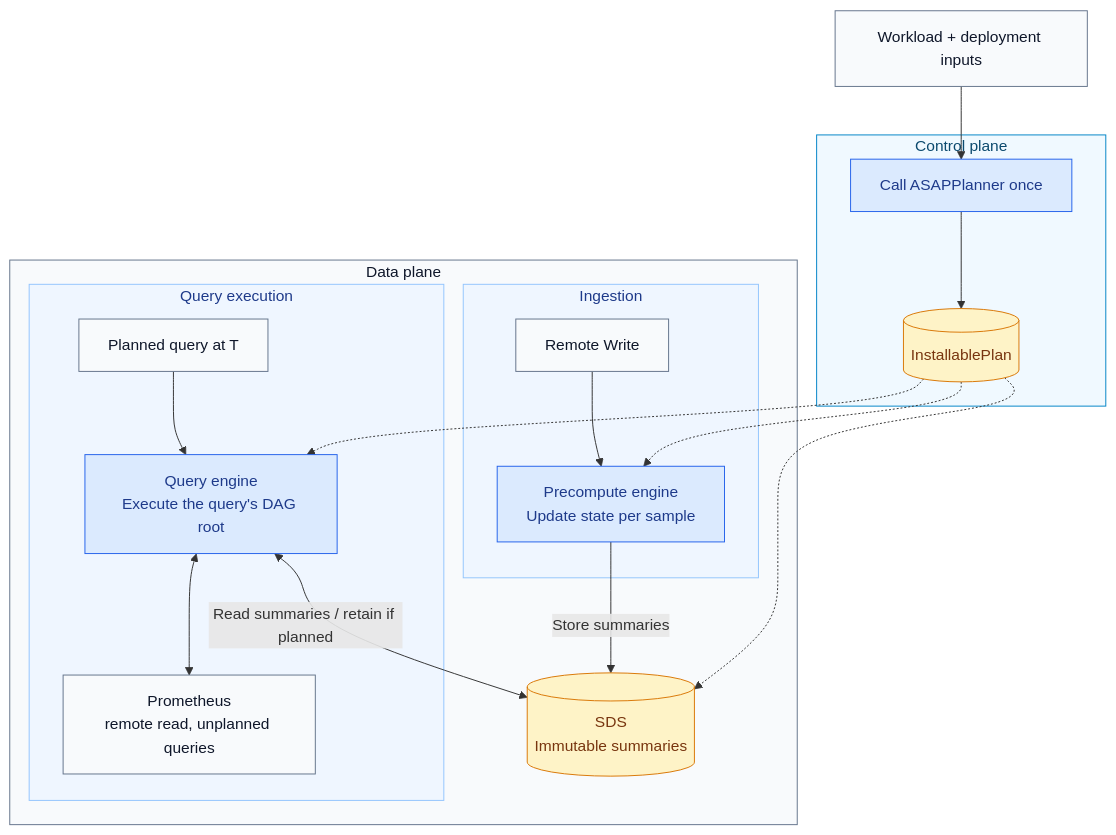
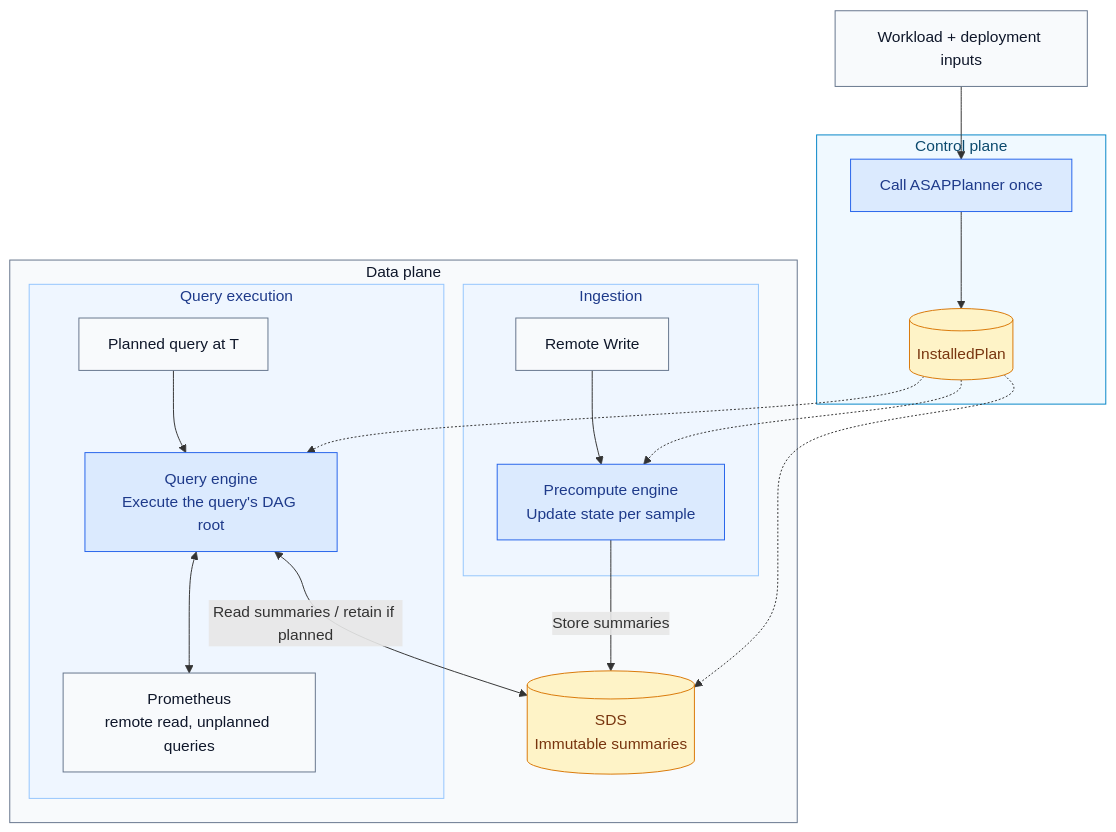
The diagram in docs/design/backend-on-planner-physical-dag.md (ProjectASAP/ASAPQuery-backend), drawn with Mermaid before and after one commit. The commit also changed other lines of this file, not shown here.

Commit message:
docs: align plan interface with InstalledPlan contract

````diff
--- a/docs/design/backend-on-planner-physical-dag.md
+++ b/docs/design/backend-on-planner-physical-dag.md
@@ -11,33 +11,33 @@
 ```mermaid
 flowchart TB
   W[Workload + deployment inputs] --> PL
   subgraph CP[Control plane]
-    PL[Call ASAPPlanner once] --> P[(InstallablePlan)]
+    PL[Call ASAPPlanner once] --> P[(InstalledPlan)]
   end
   subgraph DP[Data plane]
     subgraph ING[Ingestion]
       RW[Remote Write] --> PE[Precompute engine<br/>Update state per sample]
     end
     subgraph QUERY[Query execution]
       Q[Planned query at T] --> QE[Query engine<br/>Execute the query's DAG root]
       QE <--> PROM[Prometheus<br/>remote read, unplanned queries]
     end
     PE -->|Store summaries| SDS[(SDS<br/>Immutable summaries)]
     QE <-->|Read summaries / retain if planned| SDS
   end
 
   P -.-> PE
   P -.-> QE
   P -.-> SDS
 
   classDef input fill:#f8fafc,stroke:#64748b,color:#0f172a
   classDef engine fill:#dbeafe,stroke:#2563eb,color:#1e3a8a
   classDef storage fill:#fef3c7,stroke:#d97706,color:#78350f
   class W,RW,Q,PROM input
   class PL,PE,QE engine
   class P,SDS storage
   style CP fill:#f0f9ff,stroke:#0284c7,color:#0c4a6e
   style DP fill:#f8fafc,stroke:#64748b,color:#0f172a
   style ING fill:#eff6ff,stroke:#93c5fd,color:#1e3a8a
   style QUERY fill:#eff6ff,stroke:#93c5fd,color:#1e3a8a
 ```
````
